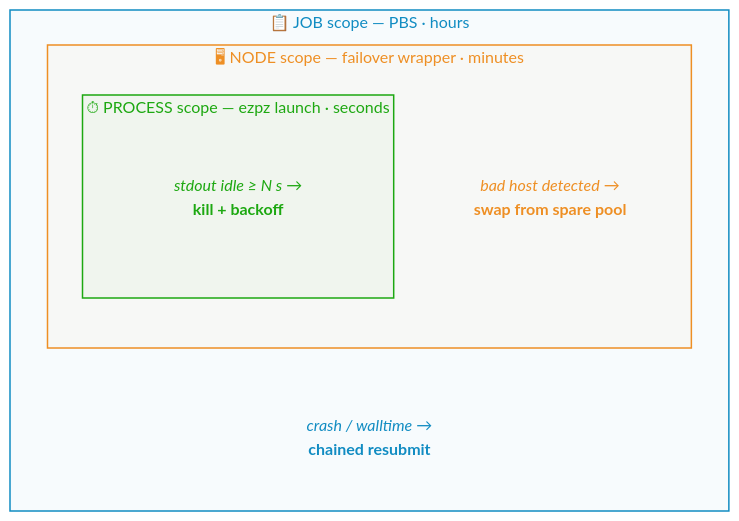
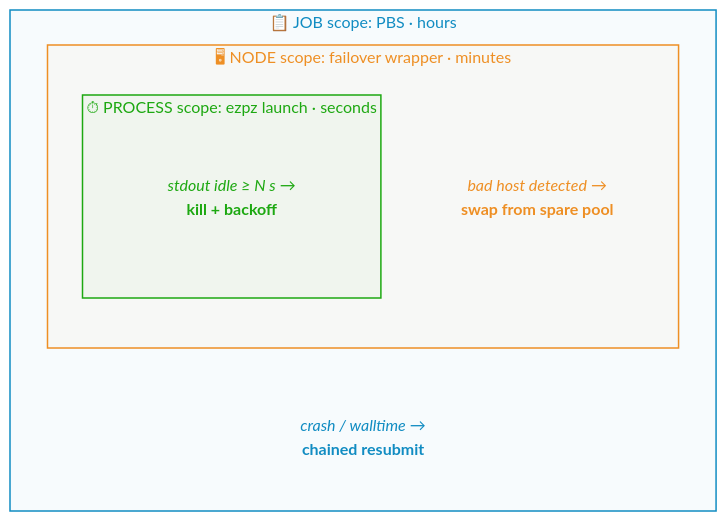
Before and after one commit to saforem2/sam.onl: the third of 5 diagrams in web/src/pages/talks/2026/08/03/index.mdx, drawn with Mermaid. The commit also changed other lines of this file, not shown here.

````diff
--- a/web/src/pages/talks/2026/08/03/index.mdx
+++ b/web/src/pages/talks/2026/08/03/index.mdx
@@ -1320,25 +1322,25 @@
 ```mermaid
 flowchart TB
-    subgraph job["📋 JOB scope — PBS · hours"]
+    subgraph job["📋 JOB scope: PBS · hours"]
         JOB_TXT["<i>crash / walltime</i> →<br/><span style='font-weight:700'>chained resubmit</span>"]
-        subgraph node["🖥 NODE scope — failover wrapper · minutes"]
+        subgraph node["🖥 NODE scope: failover wrapper · minutes"]
             NODE_TXT["<i>bad host detected</i> →<br/><span style='font-weight:700'>swap from spare pool</span>"]
-            subgraph proc["⏱ PROCESS scope — ezpz launch · seconds"]
+            subgraph proc["⏱ PROCESS scope: ezpz launch · seconds"]
                 PROC_TXT["<i>stdout idle ≥ N s</i> →<br/><span style='font-weight:700'>kill + backoff</span>"]
             end
         end
     end
 
     classDef jobC  fill:#118cc208,stroke:#118cc2,color:#118cc2,stroke-width:1.5px
     classDef nodeC fill:#ee8f2408,stroke:#ee8f24,color:#ee8f24,stroke-width:1.5px
     classDef procC fill:#1da81108,stroke:#1da811,color:#1da811,stroke-width:1.5px
     classDef jobTxt  fill:transparent,stroke:none,color:#118cc2
     classDef nodeTxt fill:transparent,stroke:none,color:#ee8f24
     classDef procTxt fill:transparent,stroke:none,color:#1da811
     class JOB_TXT jobTxt
     class NODE_TXT nodeTxt
     class PROC_TXT procTxt
     class job jobC
     class node nodeC
     class proc procC
 ```
````
